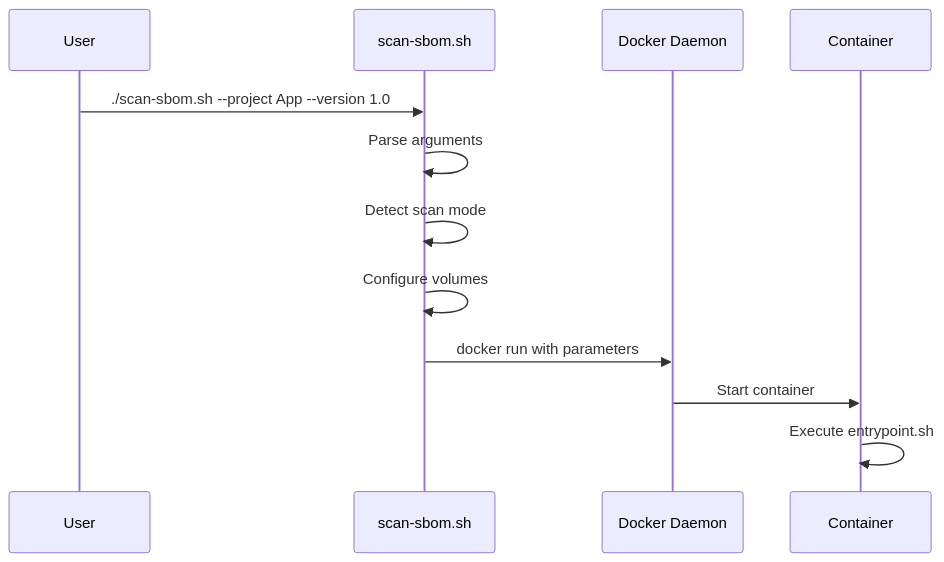
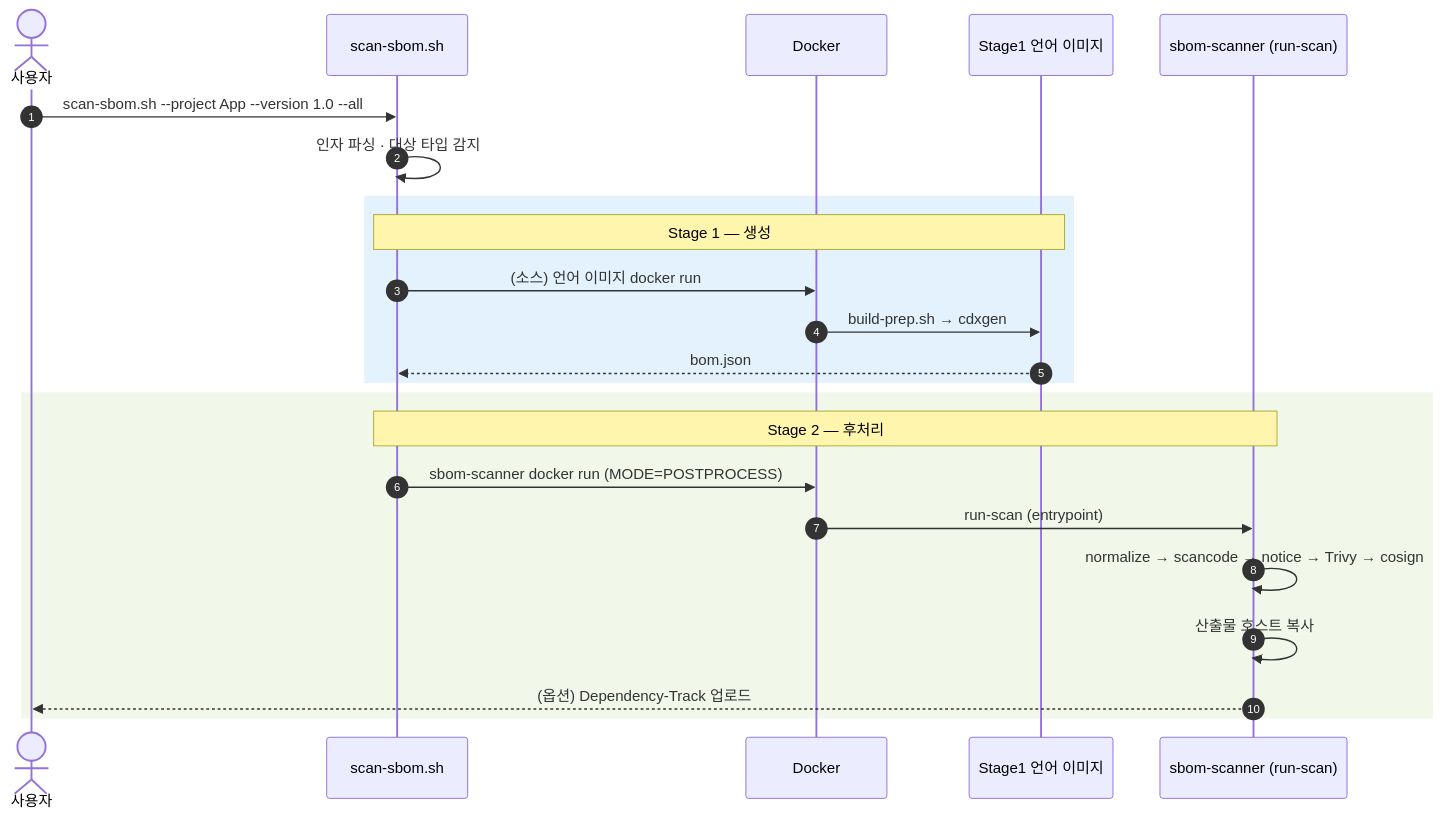
Before and after one commit to haksungjang/bomlens: the third of 6 diagrams in docs/architecture.md, drawn with Mermaid. The commit also changed other lines of this file and 8 other files, not shown here.

First line of the commit message:
docs: align with 2-stage arch, add firmware & supplier-SBOM analysis (#1)

````diff
--- a/docs/architecture.md
+++ b/docs/architecture.md
@@ -163,15 +150,26 @@
 ```mermaid
 sequenceDiagram
-    participant U as User
+    autonumber
+    actor U as 사용자
     participant S as scan-sbom.sh
-    participant D as Docker Daemon
-    participant C as Container
-    
-    U->>S: ./scan-sbom.sh --project App --version 1.0
-    S->>S: Parse arguments
-    S->>S: Detect scan mode
-    S->>S: Configure volumes
-    S->>D: docker run with parameters
-    D->>C: Start container
-    C->>C: Execute entrypoint.sh
+    participant D as Docker
+    participant L as Stage1 언어 이미지
+    participant P as sbom-scanner (run-scan)
+
+    U->>S: scan-sbom.sh --project App --version 1.0 --all
+    S->>S: 인자 파싱 · 대상 타입 감지
+    rect rgb(227,242,253)
+    note over S,L: Stage 1 — 생성
+    S->>D: (소스) 언어 이미지 docker run
+    D->>L: build-prep.sh → cdxgen
+    L-->>S: bom.json
+    end
+    rect rgb(241,248,233)
+    note over S,P: Stage 2 — 후처리
+    S->>D: sbom-scanner docker run (MODE=POSTPROCESS)
+    D->>P: run-scan (entrypoint)
+    P->>P: normalize → scancode → notice → Trivy → cosign
+    P->>P: 산출물 호스트 복사
+    P-->>U: (옵션) Dependency-Track 업로드
+    end
 ```
````
